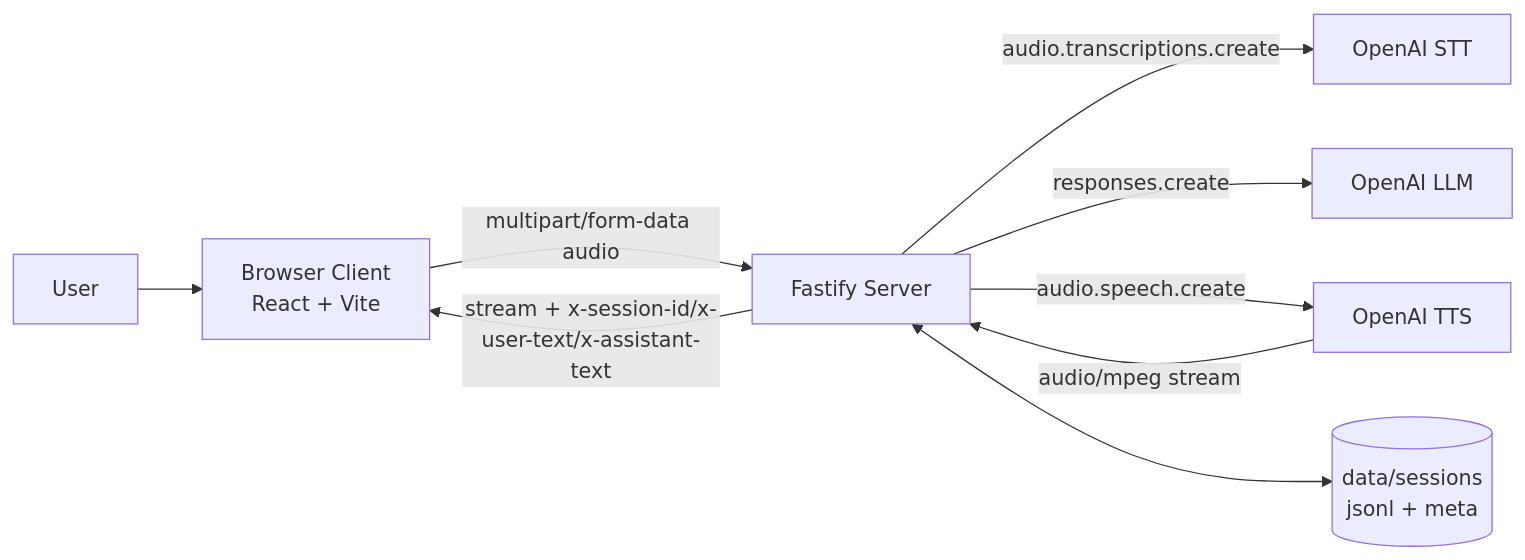
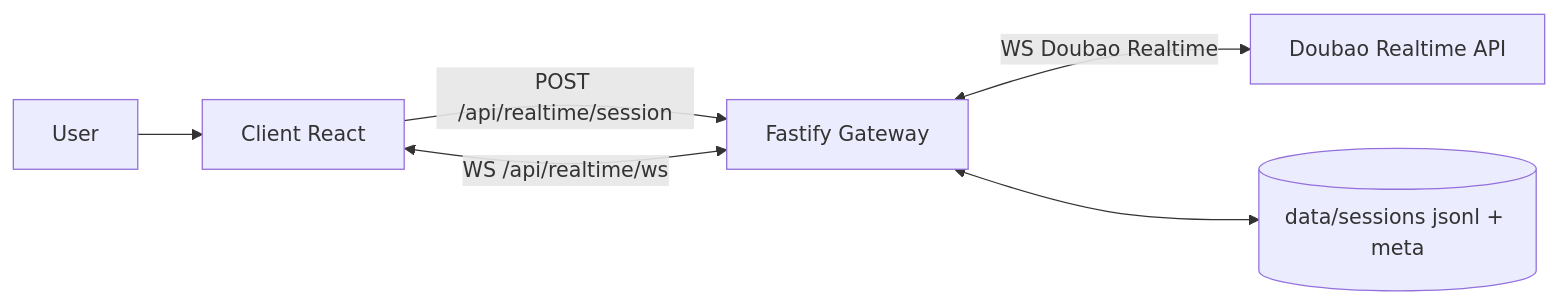
The first of 2 diagrams in README.md (ZiYang-oyxy/voice-box), drawn with Mermaid before and after one commit. The commit also changed other lines of this file and 9 other files, not shown here.

````diff
--- a/README.md
+++ b/README.md
@@ -21,11 +19,8 @@
 ```mermaid
 flowchart LR
-  U[User] --> B[Browser Client<br/>React + Vite]
-  B -->|multipart/form-data audio| S[Fastify Server]
-  S -->|audio.transcriptions.create| O1[OpenAI STT]
-  S -->|responses.create| O2[OpenAI LLM]
-  S -->|audio.speech.create| O3[OpenAI TTS]
-  O3 -->|audio/mpeg stream| S
-  S -->|stream + x-session-id/x-user-text/x-assistant-text| B
-  S <--> H[(data/sessions<br/>jsonl + meta)]
+  U[User] --> C[Client React]
+  C -->|POST /api/realtime/session| S[Fastify Gateway]
+  C <-->|WS /api/realtime/ws| S
+  S <-->|WS Doubao Realtime| D[Doubao Realtime API]
+  S <--> H[(data/sessions jsonl + meta)]
 ```
````
